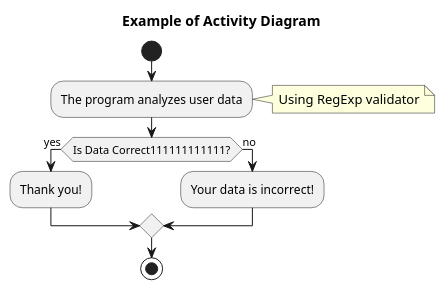
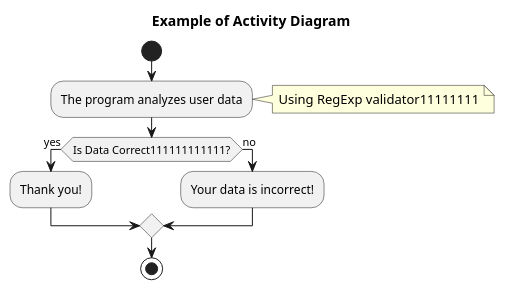
The diagram in Example-6-Activity.puml (oleksandrblazhko/ai202-test), drawn with PlantUML before and after one commit.

```diff
--- a/Example-6-Activity.puml
+++ b/Example-6-Activity.puml
@@ -1,18 +1,18 @@
 @startuml
 
 title Example of Activity Diagram 
 
 start
 
 :The program analyzes user data; 
-note right: Using RegExp validator
+note right: Using RegExp validator11111111
 
 if (Is Data Correct111111111111?) then (yes)
   :Thank you!;
 else (no)
   :Your data is incorrect!;
 endif
 
 stop
 
 @enduml
```
